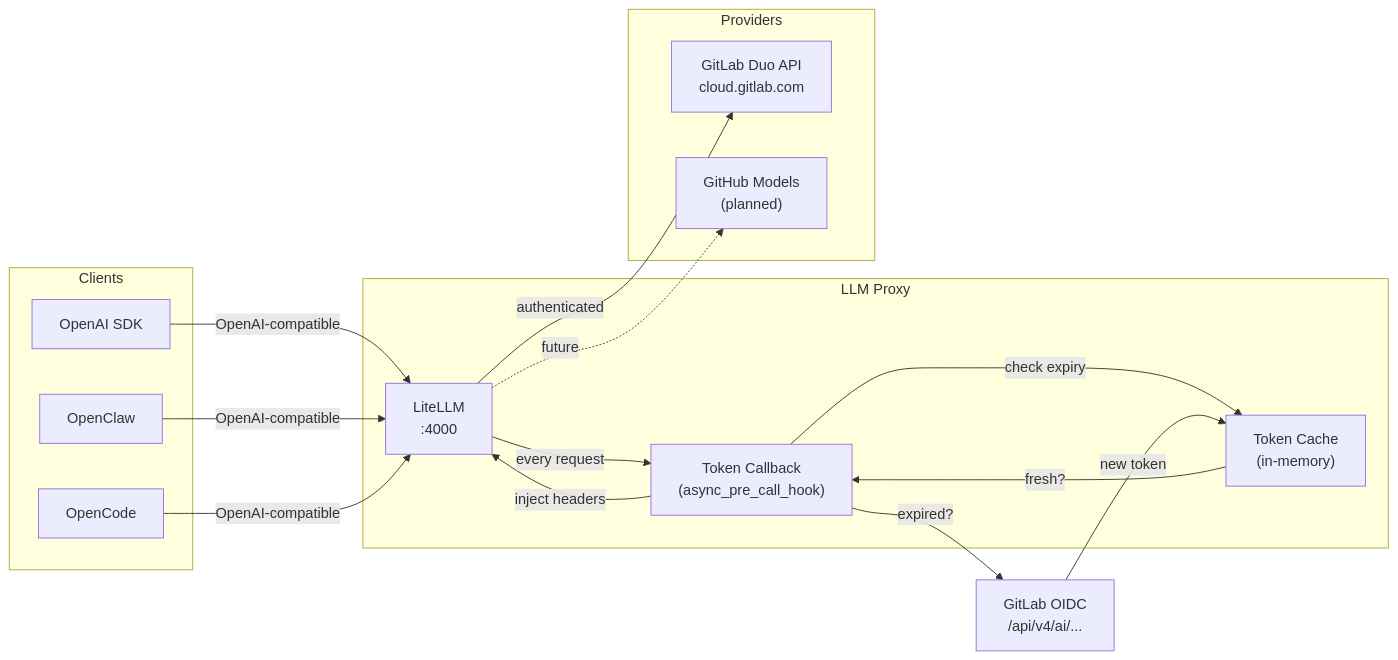
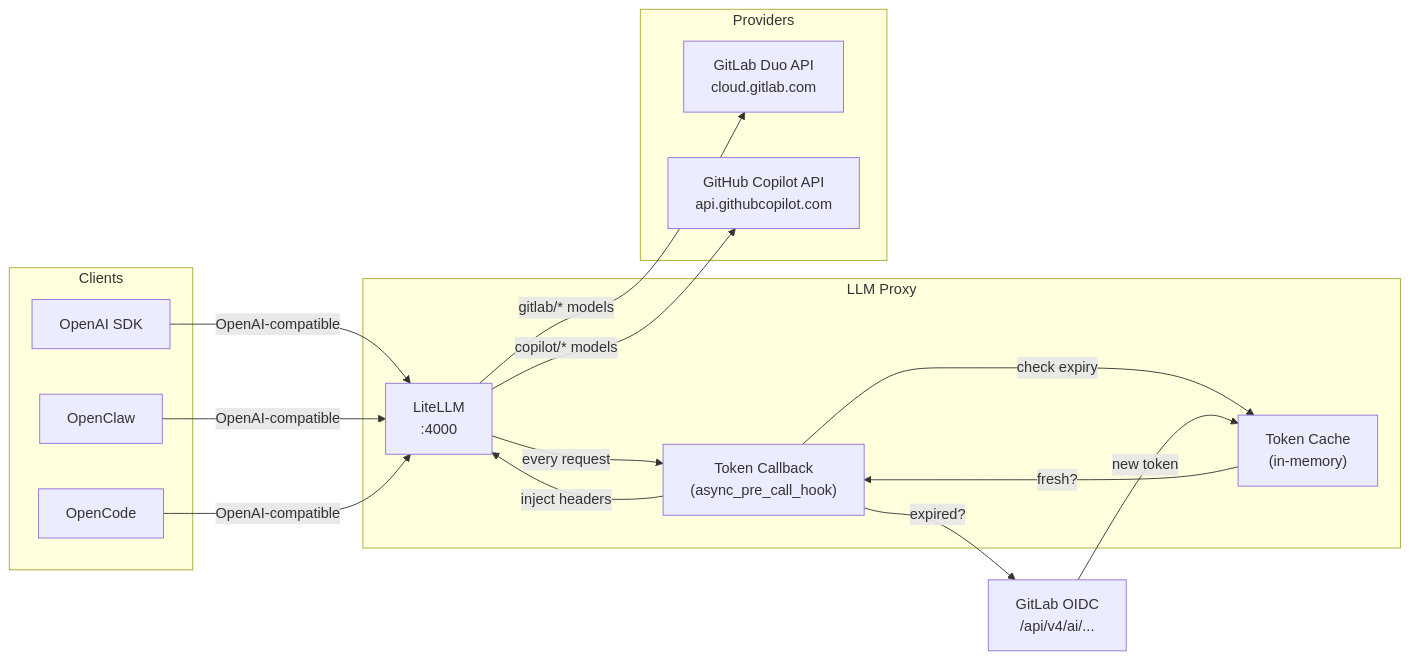
The first of 4 diagrams in README.md (nano-step/llm-proxy), drawn with Mermaid before and after one commit. The commit also changed other lines of this file, not shown here.

First line of the commit message:
docs: add GitHub Copilot authentication guide with device flow setup

````diff
--- a/README.md
+++ b/README.md
@@ -7,29 +7,29 @@
 ```mermaid
 flowchart LR
     subgraph Clients
         A[OpenAI SDK]
         B[OpenClaw]
         C[OpenCode]
     end
 
     subgraph LLM Proxy
         D["LiteLLM<br/>:4000"]
         E["Token Callback<br/>(async_pre_call_hook)"]
         F["Token Cache<br/>(in-memory)"]
     end
 
     subgraph Providers
         G["GitLab Duo API<br/>cloud.gitlab.com"]
-        H["GitHub Models<br/>(planned)"]
+        H["GitHub Copilot API<br/>api.githubcopilot.com"]
     end
 
     A & B & C -->|OpenAI-compatible| D
     D -->|every request| E
     E -->|check expiry| F
     F -->|fresh?| E
     E -->|expired?| G2["GitLab OIDC<br/>/api/v4/ai/..."]
     G2 -->|new token| F
     E -->|inject headers| D
-    D -->|authenticated| G
-    D -.->|future| H
+    D -->|gitlab/* models| G
+    D -->|copilot/* models| H
 ```
````
